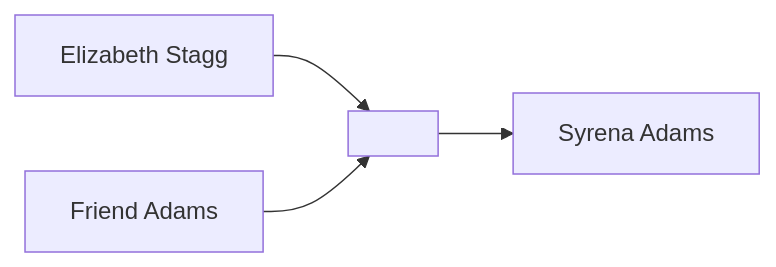
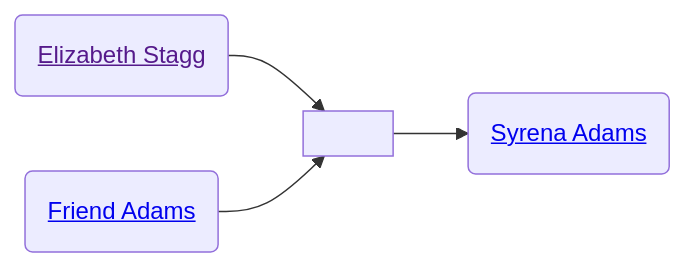
The second of 2 diagrams in familyhistory/sources/people/Merrill-line/White-line/Elizabeth_Stagg.qmd (neelsmith/avocational), drawn with Mermaid before and after one commit. The commit also changed other lines of this file and 71 other files, not shown here.

````diff
--- a/familyhistory/sources/people/Merrill-line/White-line/Elizabeth_Stagg.qmd
+++ b/familyhistory/sources/people/Merrill-line/White-line/Elizabeth_Stagg.qmd
@@ -35,6 +40,11 @@
 ```{mermaid}
 graph LR
-Elizabeth_Stagg[Elizabeth Stagg] --> Elizabeth_Stagg+Friend_Adams[ ]
-Friend_Adams[Friend Adams] --> Elizabeth_Stagg+Friend_Adams[ ]
-Elizabeth_Stagg+Friend_Adams[ ] --> Syrena_Adams[Syrena Adams]
+class Elizabeth_Stagg_and_Friend_Adams marriage
+Elizabeth_Stagg(<a href=''>Elizabeth Stagg</>) --> Elizabeth_Stagg_and_Friend_Adams[ ]
+Friend_Adams(<a href='./Friend_Adams.html'>Friend Adams</>) --> Elizabeth_Stagg_and_Friend_Adams(( ))
+Elizabeth_Stagg_and_Friend_Adams[ ] --> Syrena_Adams(<a href='./Syrena_Adams.html'>Syrena Adams</>)
+classDef mother fill:#ffd1dc
+classDef father fill:#daf0f7  
+classDef marriage fill:#ffffff
+
 ```
````
